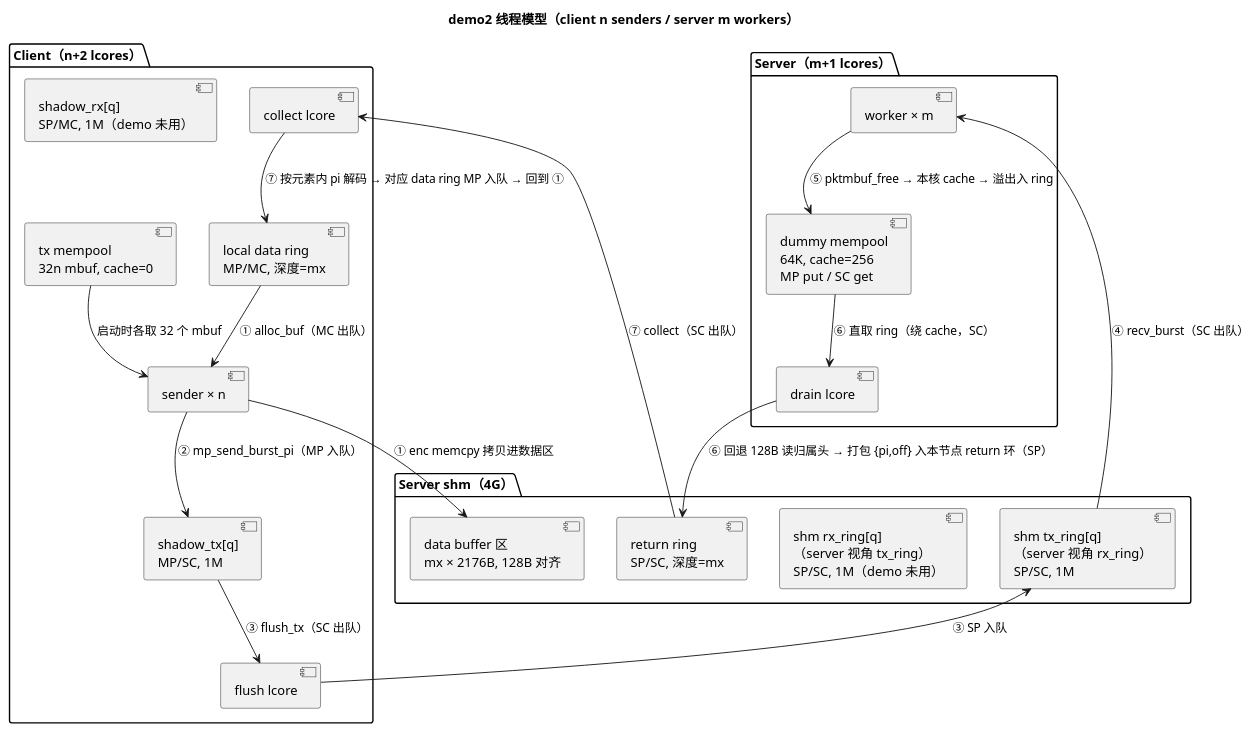
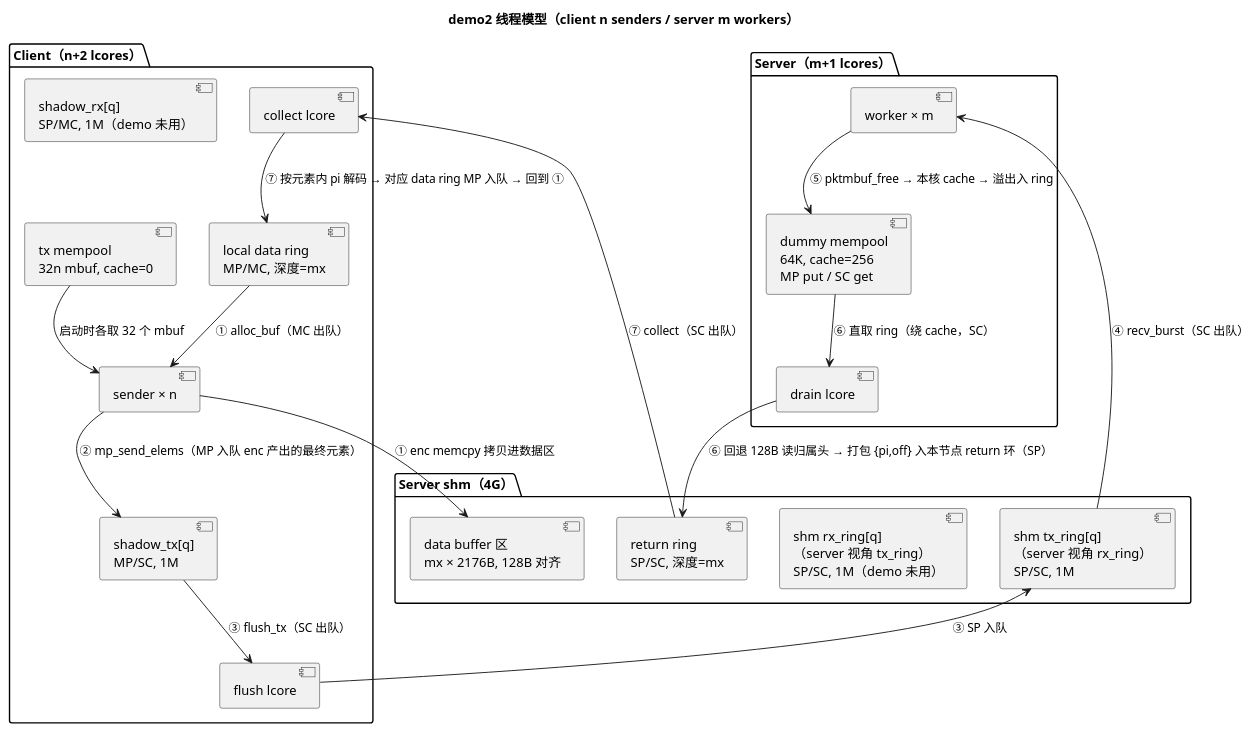
Before and after one commit to kunpengcompute/dpdk: the first of 2 diagrams in demo2/ub_ring_model.md, drawn with PlantUML. The commit also changed other lines of this file and 4 other files, not shown here.

````diff
--- a/demo2/ub_ring_model.md
+++ b/demo2/ub_ring_model.md
@@ -63,41 +63,41 @@
 ```plantuml
 @startuml
 title demo2 线程模型（client n senders / server m workers）
 
 package "Client（n+2 lcores）" {
   component "sender × n" as SND
   component "flush lcore" as FL
   component "collect lcore" as COL
   component "local data ring\nMP/MC, 深度=mx" as LDR
   component "shadow_tx[q]\nMP/SC, 1M" as STX
   component "shadow_rx[q]\nSP/MC, 1M（demo 未用）" as SRX
   component "tx mempool\n32n mbuf, cache=0" as TMP
 }
 
 package "Server shm（4G）" {
   component "shm tx_ring[q]\n（server 视角 rx_ring）\nSP/SC, 1M" as STXR
   component "shm rx_ring[q]\n（server 视角 tx_ring）\nSP/SC, 1M（demo 未用）" as SRXR
   component "return ring\nSP/SC, 深度=mx" as RR
   component "data buffer 区\nmx × 2176B, 128B 对齐" as DB
 }
 
 package "Server（m+1 lcores）" {
   component "worker × m" as WK
   component "drain lcore" as DRN
   component "dummy mempool\n64K, cache=256\nMP put / SC get" as DUM
 }
 
 TMP --> SND : 启动时各取 32 个 mbuf
 LDR --> SND : ① alloc_buf（MC 出队）
 SND --> DB : ① enc memcpy 拷贝进数据区
-SND --> STX : ② mp_send_burst_pi（MP 入队）
+SND --> STX : ② mp_send_elems（MP 入队 enc 产出的最终元素）
 STX --> FL : ③ flush_tx（SC 出队）
 FL --> STXR : ③ SP 入队
 STXR --> WK : ④ recv_burst（SC 出队）
 WK --> DUM : ⑤ pktmbuf_free → 本核 cache → 溢出入 ring
 DUM --> DRN : ⑥ 直取 ring（绕 cache，SC）
 DRN --> RR : ⑥ 回退 128B 读归属头 → 打包 {pi,off} 入本节点 return 环（SP）
 RR --> COL : ⑦ collect（SC 出队）
 COL --> LDR : ⑦ 按元素内 pi 解码 → 对应 data ring MP 入队 → 回到 ①
 @enduml
 ```
````
